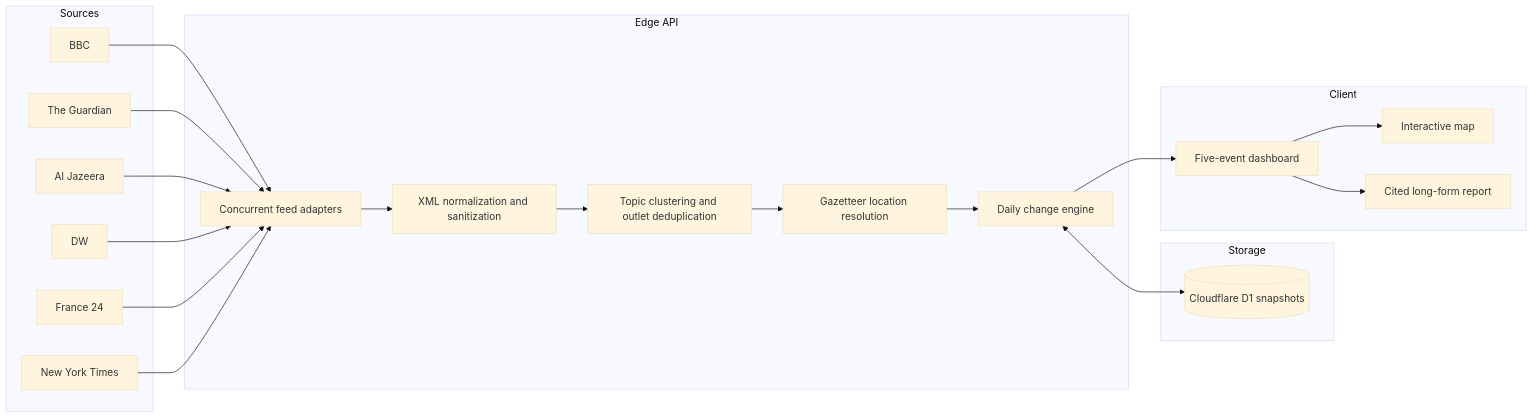
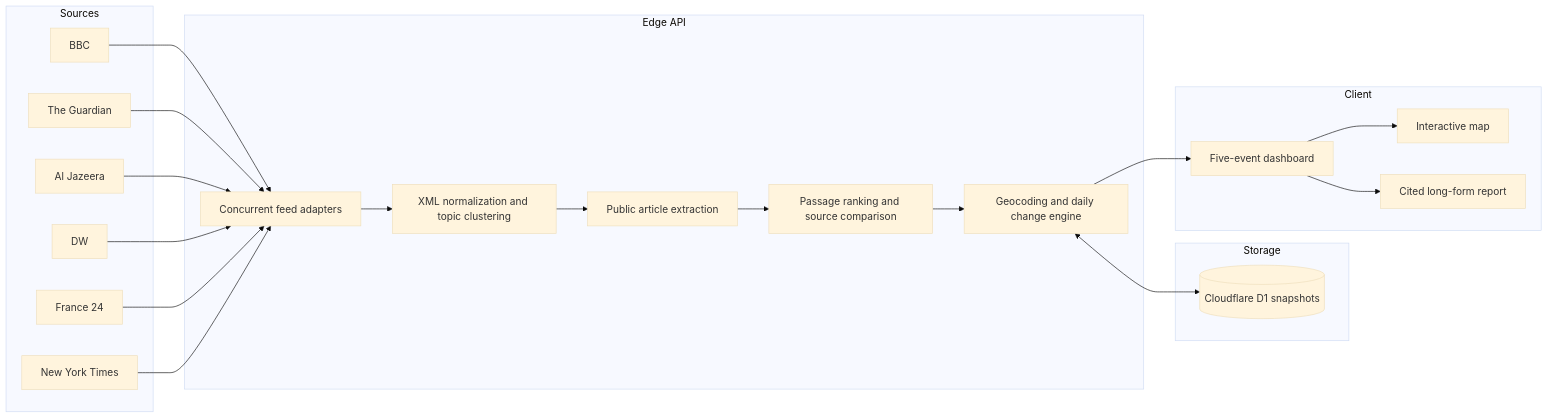
Before and after one commit to FixedChannel567/opsbriefing: the diagram in README.md, drawn with Mermaid (base theme). The commit also changed other lines of this file and 1 other file, not shown here.

````diff
--- a/README.md
+++ b/README.md
@@ -29,35 +30,35 @@
 ```mermaid
 flowchart LR
   subgraph Sources
     A1[BBC]
     A2[The Guardian]
     A3[Al Jazeera]
     A4[DW]
     A5[France 24]
     A6[New York Times]
   end
 
   subgraph Edge API
     B[Concurrent feed adapters]
-    C[XML normalization and sanitization]
-    D[Topic clustering and outlet deduplication]
-    E[Gazetteer location resolution]
-    F[Daily change engine]
+    C[XML normalization and topic clustering]
+    D[Public article extraction]
+    E[Passage ranking and source comparison]
+    F[Geocoding and daily change engine]
   end
 
   subgraph Storage
     G[(Cloudflare D1 snapshots)]
   end
 
   subgraph Client
     H[Five-event dashboard]
     I[Interactive map]
     J[Cited long-form report]
   end
 
   A1 & A2 & A3 & A4 & A5 & A6 --> B
   B --> C --> D --> E --> F
   F <--> G
   F --> H
   H --> I & J
 ```
````
